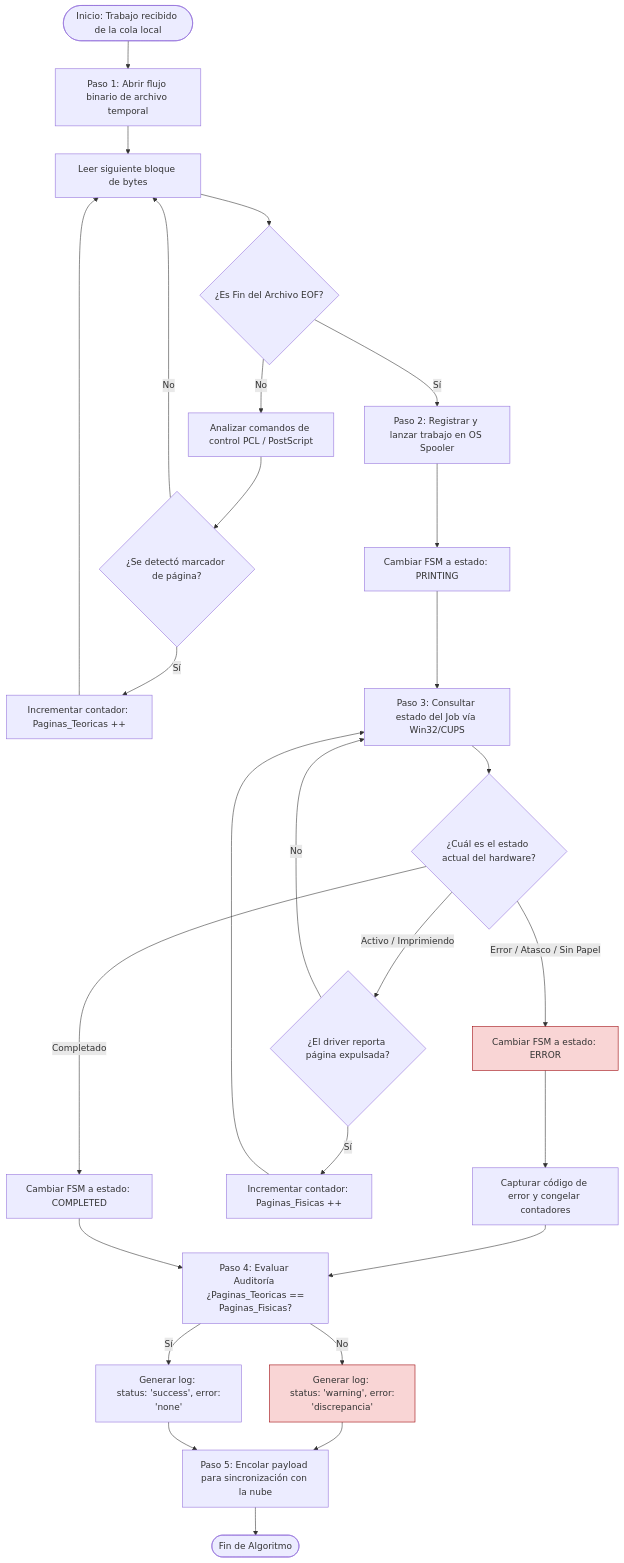
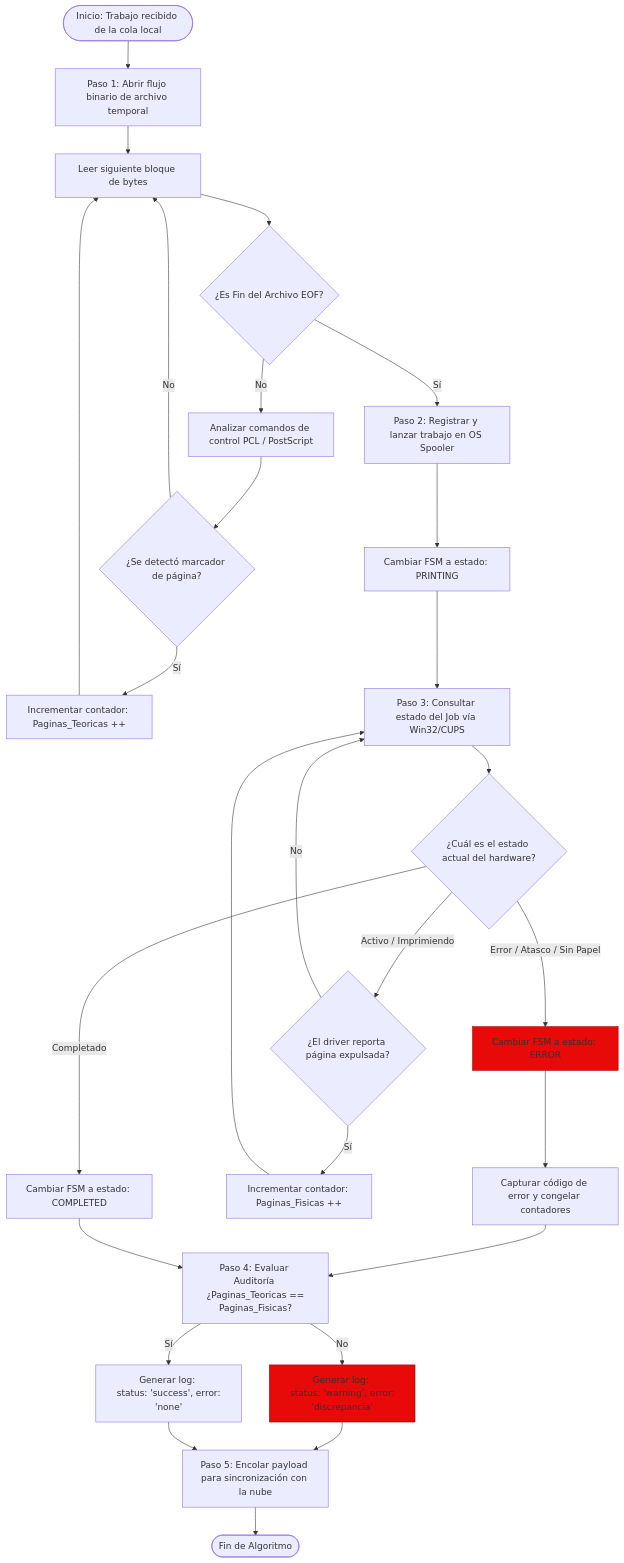
The third of 3 diagrams in README.md (regg-fe/spooler-agent-sgi), drawn with Mermaid before and after one commit.

Commit message:
Tarea #6: Correccion del color de diagrama de flujo

````diff
--- a/README.md
+++ b/README.md
@@ -202,50 +202,50 @@
 ```mermaid
 
 flowchart TD
     Start([Inicio: Trabajo recibido de la cola local]) --> Step1[Paso 1: Abrir flujo binario de archivo temporal]
     Step1 --> ReadBytes[Leer siguiente bloque de bytes]
     
     ReadBytes --> IsEOF{¿Es Fin del Archivo EOF?}
     
     %% Ciclo de Análisis de archivo (PCL/PostScript)
     IsEOF -- No --> ParseControl[Analizar comandos de control PCL / PostScript]
     ParseControl --> IsPageMarker{¿Se detectó marcador de página?}
     IsPageMarker -- No --> ReadBytes
     IsPageMarker -- Sí --> IncTheoretical[Incrementar contador: Paginas_Teoricas ++]
     IncTheoretical --> ReadBytes
     
     %% Lanzamiento al Spooler del SO
     IsEOF -- Sí --> Step2[Paso 2: Registrar y lanzar trabajo en OS Spooler]
     Step2 --> SetPrinting[Cambiar FSM a estado: PRINTING]
     SetPrinting --> Step3[Paso 3: Consultar estado del Job vía Win32/CUPS]
     
     %% Máquina de Estados del Hardware
     Step3 --> HWStatus{¿Cuál es el estado actual del hardware?}
     
     HWStatus -- "Error / Atasco / Sin Papel" --> SetError[Cambiar FSM a estado: ERROR]
     SetError --> CaptureError[Capturar código de error y congelar contadores]
     CaptureError --> Step4
     
     HWStatus -- "Activo / Imprimiendo" --> DriverReport{¿El driver reporta página expulsada?}
     DriverReport -- No --> Step3
     DriverReport -- Sí --> IncPhysical[Incrementar contador: Paginas_Fisicas ++]
     IncPhysical --> Step3
     
     HWStatus -- "Completado" --> SetCompleted[Cambiar FSM a estado: COMPLETED]
     
     %% Fase de Auditoría y Cierre
     SetCompleted --> Step4[Paso 4: Evaluar Auditoría <br> ¿Paginas_Teoricas == Paginas_Fisicas?]
     
     Step4 -- No --> LogDiscrepancy[Generar log: <br> status: 'warning', error: 'discrepancia']
     Step4 -- Sí --> LogSuccess[Generar log: <br> status: 'success', error: 'none']
     
     LogDiscrepancy --> Step5[Paso 5: Encolar payload para sincronización con la nube]
     LogSuccess --> Step5
     
     Step5 --> End([Fin de Algoritmo])
 
     %% Estilos para bloques de error/advertencia
-    style SetError fill:#f9d5d5,stroke:#9c0006,stroke-width:1px;
-    style LogDiscrepancy fill:#f9d5d5,stroke:#9c0006,stroke-width:1px;
+    style SetError fill:#E80909,stroke:#9c0006,stroke-width:1px;
+    style LogDiscrepancy fill:#E80909,stroke:#9c0006,stroke-width:1px;
 
 ```
````
